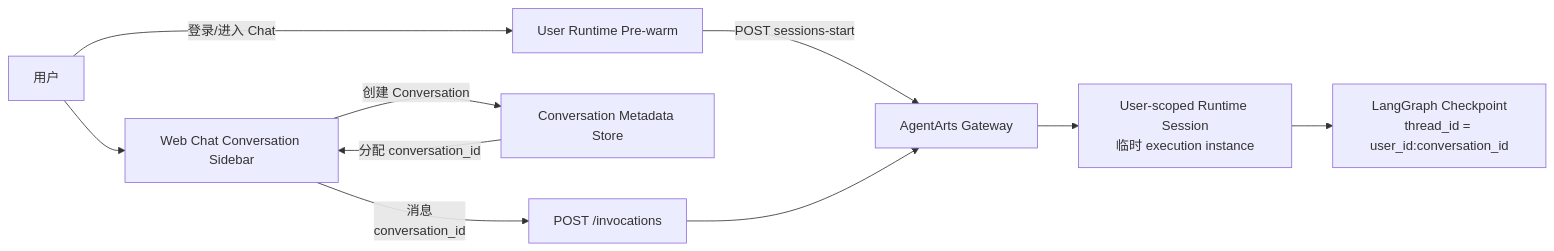
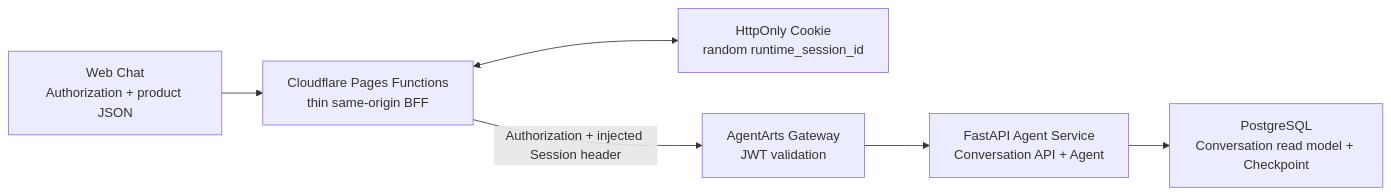
The first of 5 diagrams in personal-assistant-meta/issues/features/feature-14-multi-session-runtime-prewarm/issue.md (T-1009/personal-assistant), drawn with Mermaid before and after one commit. The commit also changed other lines of this file and 3 other files, not shown here.

First line of the commit message:
docs: simplify feature-14 design by removing sessions-start dependency and control plane

````diff
--- a/personal-assistant-meta/issues/features/feature-14-multi-session-runtime-prewarm/issue.md
+++ b/personal-assistant-meta/issues/features/feature-14-multi-session-runtime-prewarm/issue.md
@@ -81,12 +84,15 @@
 ```mermaid
 flowchart LR
-    User["用户"] -->|"登录/进入 Chat"| Prewarm["User Runtime Pre-warm"]
-    Prewarm -->|"POST sessions-start"| Gateway["AgentArts Gateway"]
-    Gateway --> Runtime["User-scoped Runtime Session<br/>临时 execution instance"]
-    User --> UI["Web Chat Conversation Sidebar"]
-    UI -->|"创建 Conversation"| Store["Conversation Metadata Store"]
-    Store -->|"分配 conversation_id"| UI
-    UI -->|"消息<br/>conversation_id"| Invoke["POST /invocations"]
-    Invoke --> Gateway
-    Runtime --> Checkpoint["LangGraph Checkpoint<br/>thread_id = user_id:conversation_id"]
+    Browser["Web Chat<br/>Authorization + product JSON"]
+    BFF["Cloudflare Pages Functions<br/>thin same-origin BFF"]
+    Cookie["HttpOnly Cookie<br/>random runtime_session_id"]
+    Gateway["AgentArts Gateway<br/>JWT validation"]
+    Service["FastAPI Agent Service<br/>Conversation API + Agent"]
+    DB["PostgreSQL<br/>Conversation read model + Checkpoint"]
+
+    Browser --> BFF
+    BFF <--> Cookie
+    BFF -->|"Authorization + injected Session header"| Gateway
+    Gateway --> Service
+    Service --> DB
 ```
````
